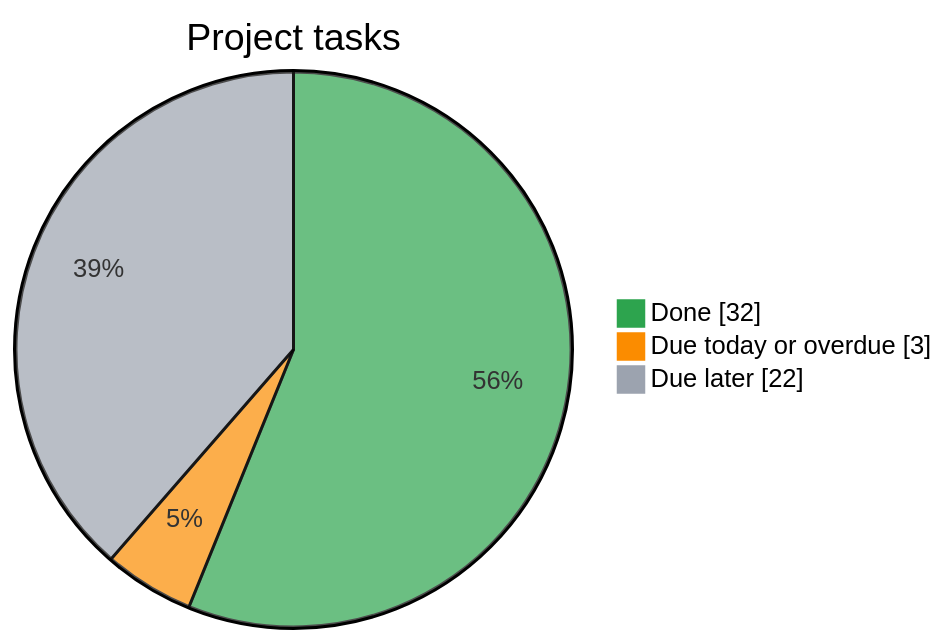
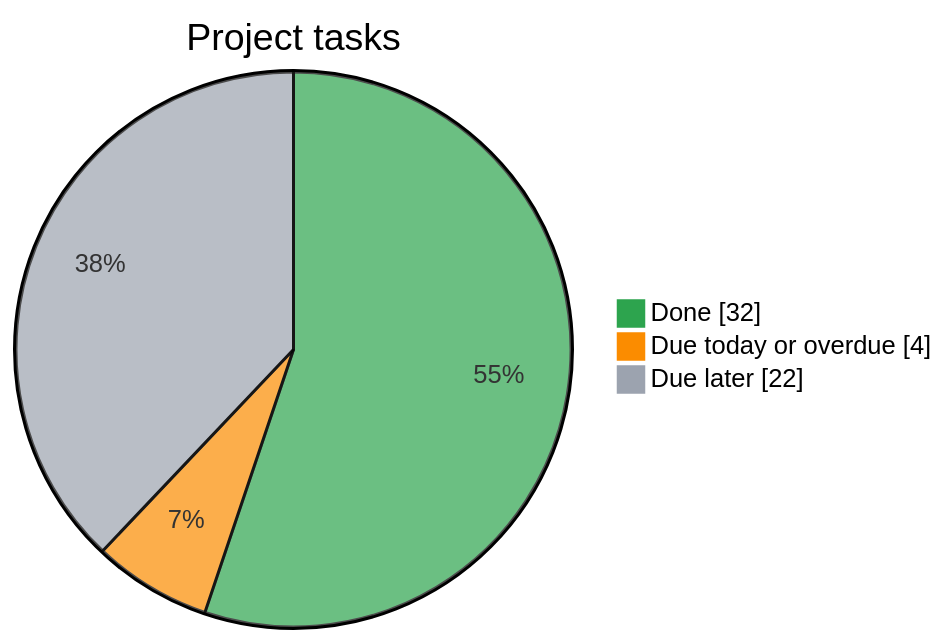
Before and after one commit to Kr1sKros/IKT466-Corporate-Bankruptcy-Predictor: the diagram in README.md, drawn with Mermaid. The commit also changed other lines of this file, not shown here.

Commit message:
docs: refresh task dashboard

````diff
--- a/README.md
+++ b/README.md
@@ -8,8 +8,8 @@
 ```mermaid
 %%{init: {"themeVariables": {"pie1": "#2da44e", "pie2": "#fb8c00", "pie3": "#9ca3af"}}}%%
 pie showData
     title Project tasks
     "Done" : 32
-    "Due today or overdue" : 3
+    "Due today or overdue" : 4
     "Due later" : 22
 ```
````
